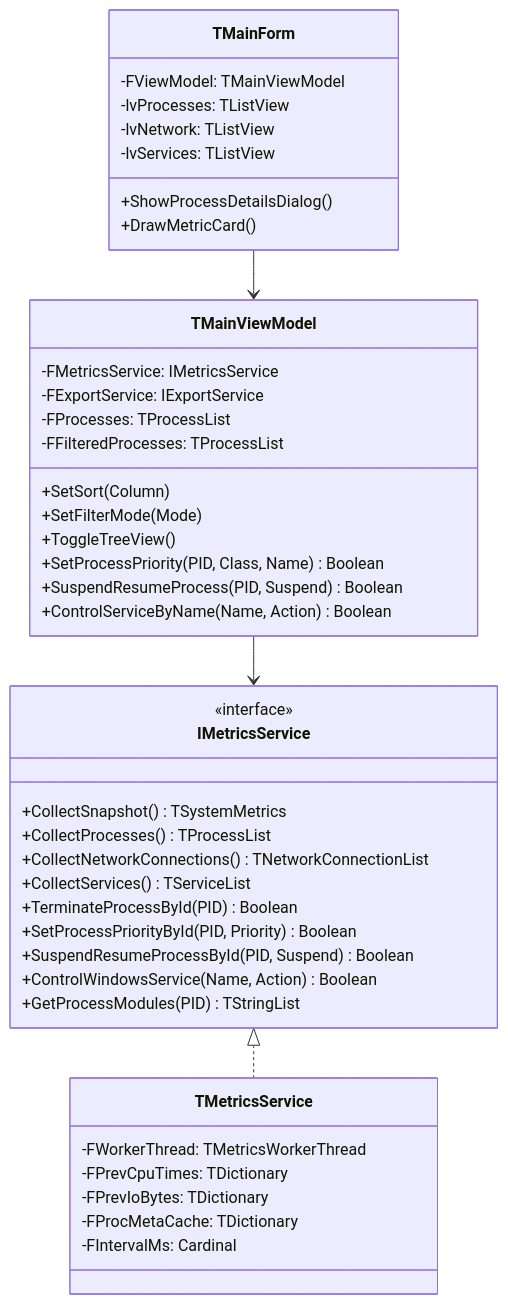
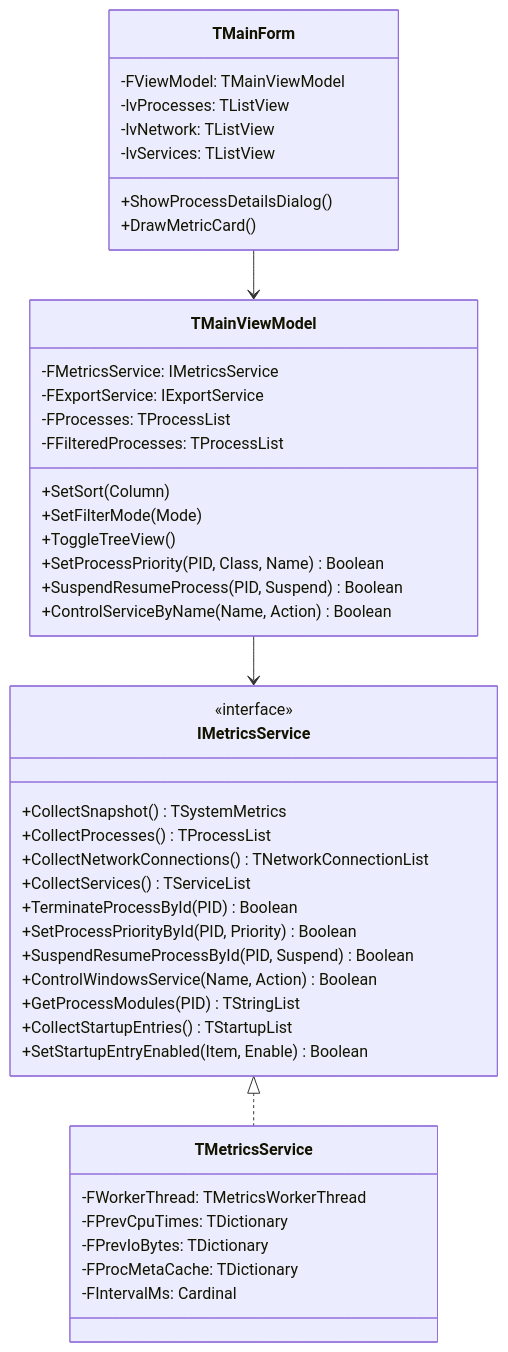
Before and after one commit to amafjarkasi/novamonitor: the third of 3 diagrams in README.md, drawn with Mermaid. The commit also changed other lines of this file and 6 other files, not shown here.

````diff
--- a/README.md
+++ b/README.md
@@ -178,49 +185,51 @@
 ```mermaid
 classDiagram
     class IMetricsService {
         <<interface>>
         +CollectSnapshot() TSystemMetrics
         +CollectProcesses() TProcessList
         +CollectNetworkConnections() TNetworkConnectionList
         +CollectServices() TServiceList
         +TerminateProcessById(PID) Boolean
         +SetProcessPriorityById(PID, Priority) Boolean
         +SuspendResumeProcessById(PID, Suspend) Boolean
         +ControlWindowsService(Name, Action) Boolean
         +GetProcessModules(PID) TStringList
+        +CollectStartupEntries() TStartupList
+        +SetStartupEntryEnabled(Item, Enable) Boolean
     }
 
     class TMetricsService {
         -FWorkerThread: TMetricsWorkerThread
         -FPrevCpuTimes: TDictionary
         -FPrevIoBytes: TDictionary
         -FProcMetaCache: TDictionary
         -FIntervalMs: Cardinal
     }
 
     class TMainViewModel {
         -FMetricsService: IMetricsService
         -FExportService: IExportService
         -FProcesses: TProcessList
         -FFilteredProcesses: TProcessList
         +SetSort(Column)
         +SetFilterMode(Mode)
         +ToggleTreeView()
         +SetProcessPriority(PID, Class, Name) Boolean
         +SuspendResumeProcess(PID, Suspend) Boolean
         +ControlServiceByName(Name, Action) Boolean
     }
 
     class TMainForm {
         -FViewModel: TMainViewModel
         -lvProcesses: TListView
         -lvNetwork: TListView
         -lvServices: TListView
         +ShowProcessDetailsDialog()
         +DrawMetricCard()
     }
 
     IMetricsService <|.. TMetricsService
     TMainViewModel --> IMetricsService
     TMainForm --> TMainViewModel
 ```
````
